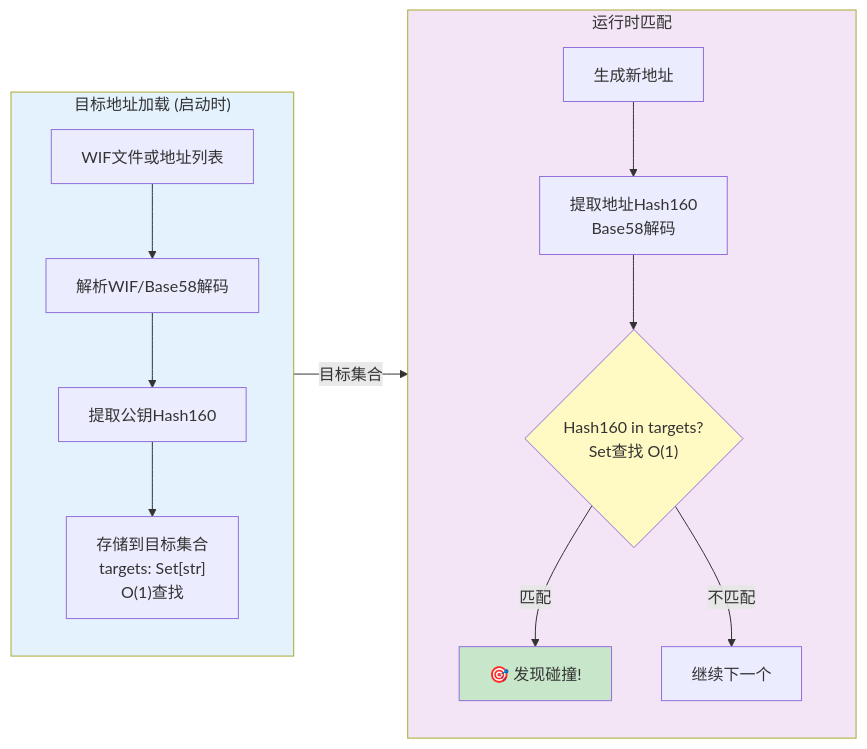
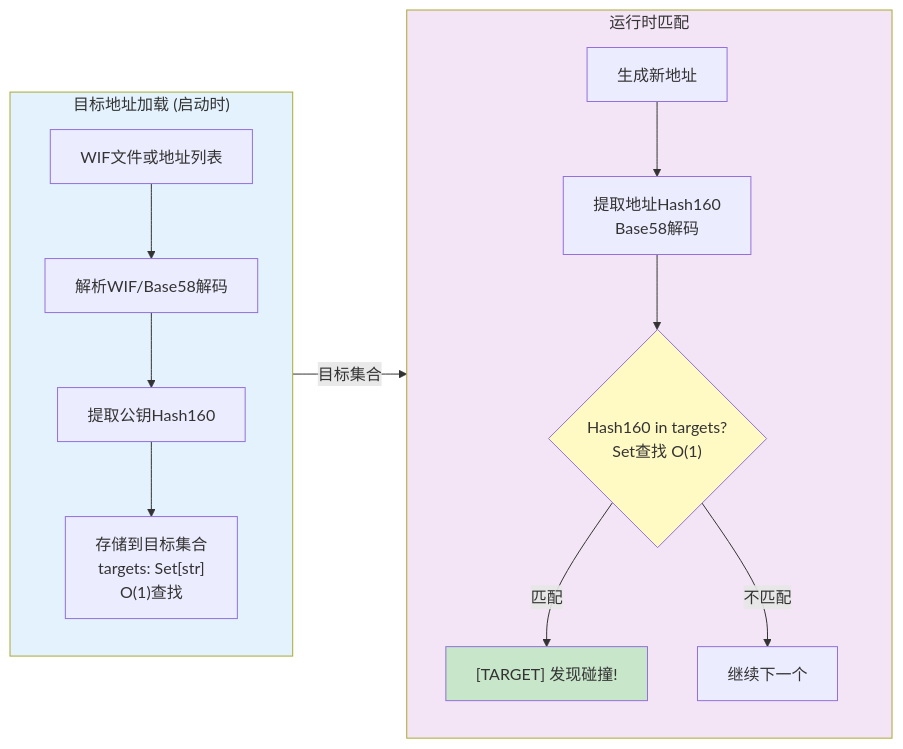
One commit to Pengkang-OP/btc-collision-engine changed the ninth of 19 diagrams in docs/archive/implementation-reports/BTC碰撞引擎核心业务流程图.md. Above: the diagram before and after it, drawn with Mermaid. The commit also changed other lines of this file and 624 other files, not shown here.

````diff
--- a/docs/archive/implementation-reports/BTC碰撞引擎核心业务流程图.md
+++ b/docs/archive/implementation-reports/BTC碰撞引擎核心业务流程图.md
@@ -600,22 +600,22 @@
 ```mermaid
 flowchart LR
     subgraph TargetLoad["目标地址加载 (启动时)"]
         T1["WIF文件或地址列表"] --> T2["解析WIF/Base58解码"]
         T2 --> T3["提取公钥Hash160"]
         T3 --> T4["存储到目标集合<br/>targets: Set[str]<br/>O(1)查找"]
     end
     
     subgraph Runtime["运行时匹配"]
         R1["生成新地址"] --> R2["提取地址Hash160<br/>Base58解码"]
         R2 --> R3{"Hash160 in targets?<br/>Set查找 O(1)"}
-        R3 -->|匹配| R4["🎯 发现碰撞!"]
+        R3 -->|匹配| R4["[TARGET] 发现碰撞!"]
         R3 -->|不匹配| R5["继续下一个"]
     end
     
     TargetLoad -->|目标集合| Runtime
     
     style TargetLoad fill:#e3f2fd
     style Runtime fill:#f3e5f5
     style R3 fill:#fff9c4
     style R4 fill:#c8e6c9
 ```
````
